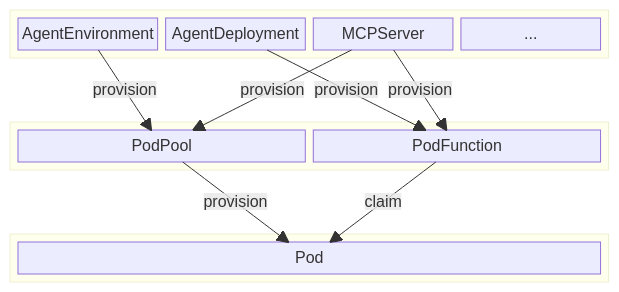
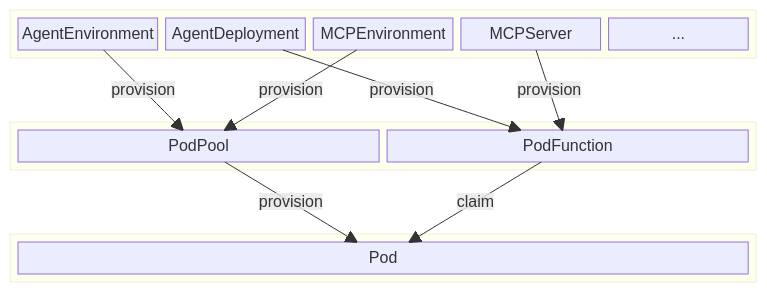
Before and after one commit to tuna-headquater/tuna-fusion: the diagram in docs/index.md, drawn with Mermaid. The commit also changed other lines of this file and 3 other files, not shown here.

````diff
--- a/docs/index.md
+++ b/docs/index.md
@@ -15,28 +15,30 @@
 ```mermaid
 block-beta
 columns 1
     block:agents
         AgentEnvironment
         AgentDeployment
+        MCPEnvironment
         MCPServer
         ...
     end
     space
     block:podpools
         PodPool
         PodFunction
     end
     space
     block:core_resources
         Pod
     end
 
-MCPServer -- "provision" --> PodPool
+
+    MCPEnvironment -- "provision" --> PodPool
 MCPServer -- "provision" --> PodFunction
 AgentEnvironment -- "provision" --> PodPool
 AgentDeployment -- "provision" --> PodFunction
 
 PodFunction -- "claim" --> Pod
 PodPool -- "provision" --> Pod
 
 ```
````
